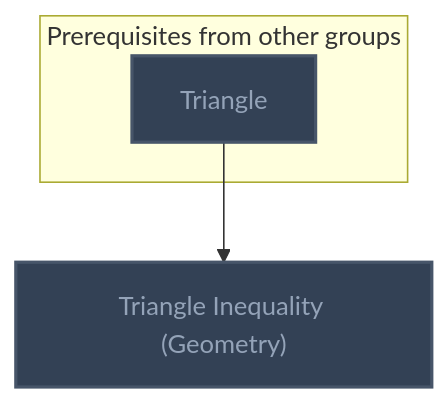
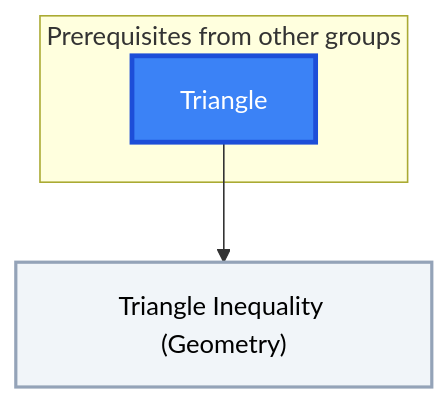
Before and after one commit to MRauf1/My-Notes: the second of 3 diagrams in Gamification/Skill Trees/Geometry.md, drawn with Mermaid. The commit also changed other lines of this file and 156 other files, not shown here.

````diff
--- a/Gamification/Skill Trees/Geometry.md
+++ b/Gamification/Skill Trees/Geometry.md
@@ -40,19 +40,20 @@
 ```mermaid
 flowchart TD
     classDef planned fill:#1E293B,stroke:#64748B,stroke-width:2px,stroke-dasharray:5 5,color:#94A3B8;
     classDef locked fill:#334155,stroke:#475569,stroke-width:2px,color:#94A3B8;
     classDef L0 fill:#F1F5F9,stroke:#94A3B8,stroke-width:2px,color:#000000;
     classDef L1 fill:#22C55E,stroke:#15803D,stroke-width:2px,color:#000000;
     classDef L2 fill:#3B82F6,stroke:#1D4ED8,stroke-width:3px,color:#FFFFFF;
     classDef L3 fill:#A855F7,stroke:#6B21A8,stroke-width:3px,color:#FFFFFF,font-weight:bold;
     classDef L4 fill:#F97316,stroke:#C2410C,stroke-width:4px,color:#000000,font-weight:bold;
     classDef L5 fill:#FFD700,stroke:#FF8C00,stroke-width:5px,color:#000000,font-weight:bold;
     classDef rusty stroke:#8B4513,stroke-width:4px,stroke-dasharray:3 3;
     subgraph sg_prereqs["Prerequisites from other groups"]
         n_triangle["Triangle"]
     end
     n_triangle_inequality_geometry["Triangle Inequality (Geometry)"]
     n_triangle --> n_triangle_inequality_geometry
-    class n_triangle,n_triangle_inequality_geometry locked;
+    class n_triangle_inequality_geometry L0;
+    class n_triangle L2;
     class n_triangle,n_triangle_inequality_geometry internal-link;
 ```
````
